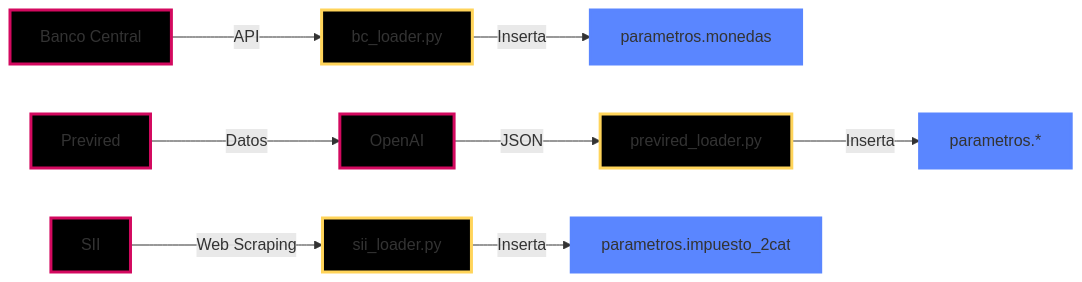
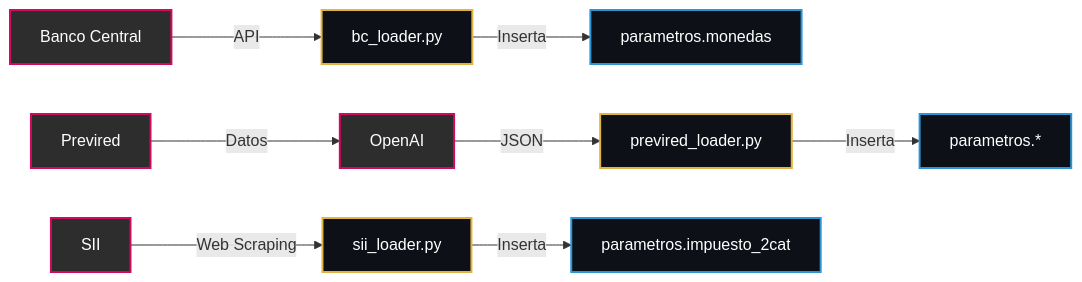
Before and after one commit to ChrisTkm/jean_d_arc: the second of 9 diagrams in src/content/docs/arquitectura/diagramas.md, drawn with Mermaid. The commit also changed other lines of this file and 8 other files, not shown here.

Commit message:
docs: Add comprehensive documentation for accounting remuneration, system architecture, and security practices including various diagrams.

````diff
--- a/src/content/docs/arquitectura/diagramas.md
+++ b/src/content/docs/arquitectura/diagramas.md
@@ -178,20 +136,20 @@
 ```mermaid
 flowchart LR
     BC["Banco Central"] -->|API| BCL["bc_loader.py"]
     BCL -->|Inserta| PM["parametros.monedas"]
     
     PR["Previred"] -->|Datos| OAI["OpenAI"]
     OAI -->|JSON| PRL["previred_loader.py"]
     PRL -->|Inserta| PP["parametros.*"]
     
     SII["SII"] -->|Web Scraping| SIIL["sii_loader.py"]
     SIIL -->|Inserta| PI["parametros.impuesto_2cat"]
     
-    classDef externos fill:#000,stroke:#d3095f,stroke-width:3px
-    classDef loaders fill:#000,stroke:#ffd45a,stroke-width:3px
-    classDef tablas fill:#5a86ff,stroke:#5a86ff,stroke-width:3px
+    classDef ext fill:#2d2d2d,stroke:#d3095f,stroke-width:2px,color:#fff;
+    classDef py fill:#0d1117,stroke:#e3b341,stroke-width:2px,color:#fff;
+    classDef db fill:#0d1117,stroke:#2b95d6,stroke-width:2px,color:#fff;
     
-    class BC,PR,SII,OAI externos
-    class BCL,PRL,SIIL loaders
-    class PM,PP,PI tablas
+    class BC,PR,SII,OAI ext
+    class BCL,PRL,SIIL py
+    class PM,PP,PI db
 ```
````
